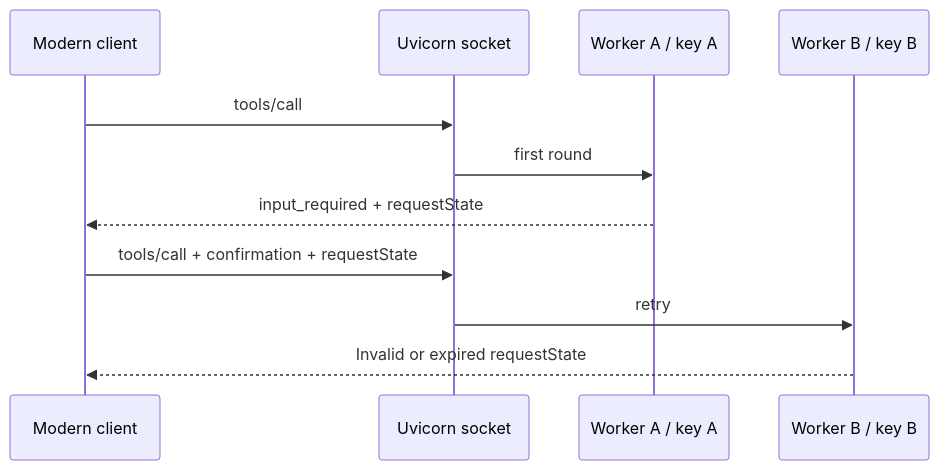
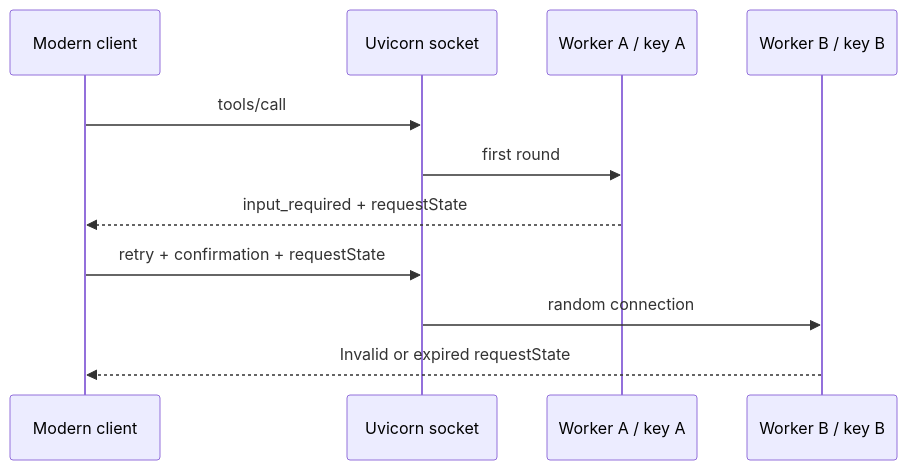
The fourth of 5 diagrams in README.md (Giustino98/mcp-stateless-by-design), drawn with Mermaid before and after one commit. The commit also changed other lines of this file and 24 other files, not shown here.

````diff
--- a/README.md
+++ b/README.md
@@ -133,14 +142,14 @@
 ```mermaid
 sequenceDiagram
     participant C as Modern client
     participant U as Uvicorn socket
     participant A as Worker A / key A
     participant B as Worker B / key B
 
     C->>U: tools/call
     U->>A: first round
     A-->>C: input_required + requestState
-    C->>U: tools/call + confirmation + requestState
-    U->>B: retry
+    C->>U: retry + confirmation + requestState
+    U->>B: random connection
     B-->>C: Invalid or expired requestState
 ```
````
